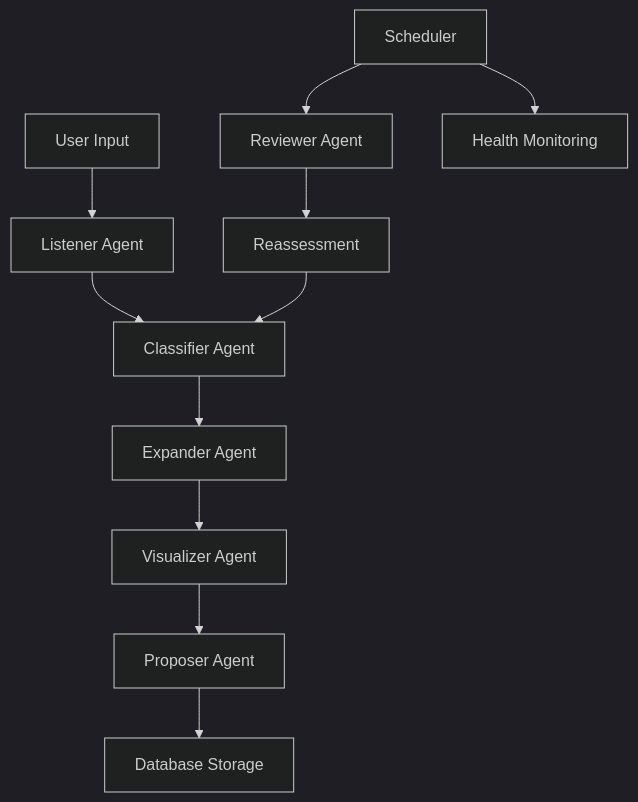
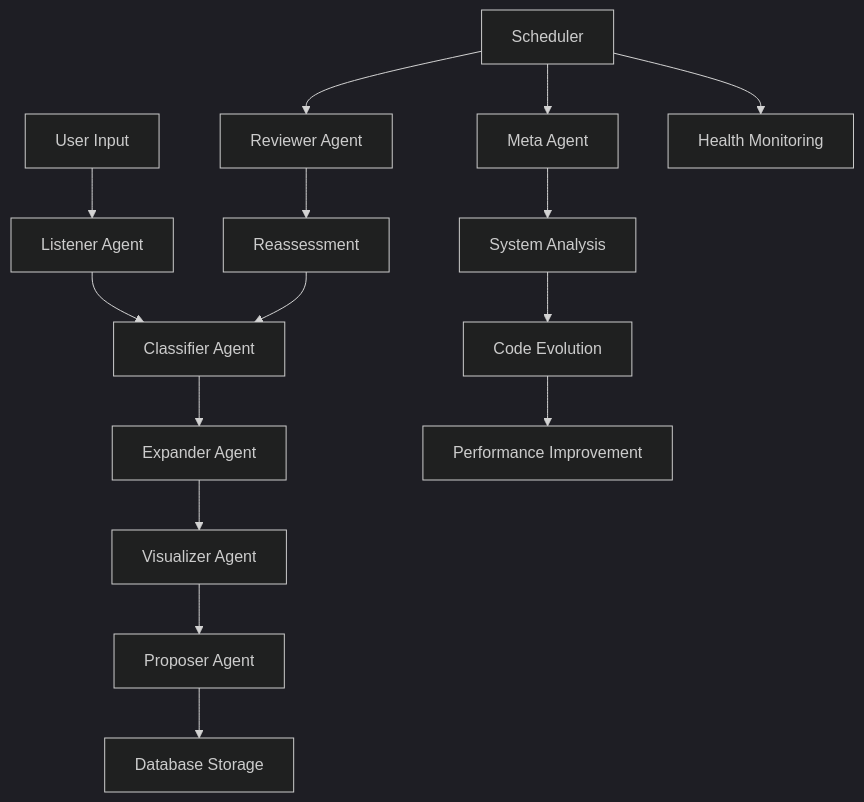
Before and after one commit to meistro57/Dreamcatcher: the diagram in docs/AGENTS.md, drawn with Mermaid (dark theme). The commit also changed other lines of this file and 8 other files, not shown here.

````diff
--- a/docs/AGENTS.md
+++ b/docs/AGENTS.md
@@ -347,15 +388,20 @@
 ```mermaid
 graph TD
     A[User Input] --> B[Listener Agent]
     B --> C[Classifier Agent]
     C --> D[Expander Agent]
     D --> E[Visualizer Agent]
     E --> F[Proposer Agent]
     F --> G[Database Storage]
     
     H[Reviewer Agent] --> I[Reassessment]
     I --> C
     
-    J[Scheduler] --> H
-    J --> K[Health Monitoring]
+    J[Meta Agent] --> K[System Analysis]
+    K --> L[Code Evolution]
+    L --> M[Performance Improvement]
+    
+    N[Scheduler] --> H
+    N --> J
+    N --> O[Health Monitoring]
 ```
````
